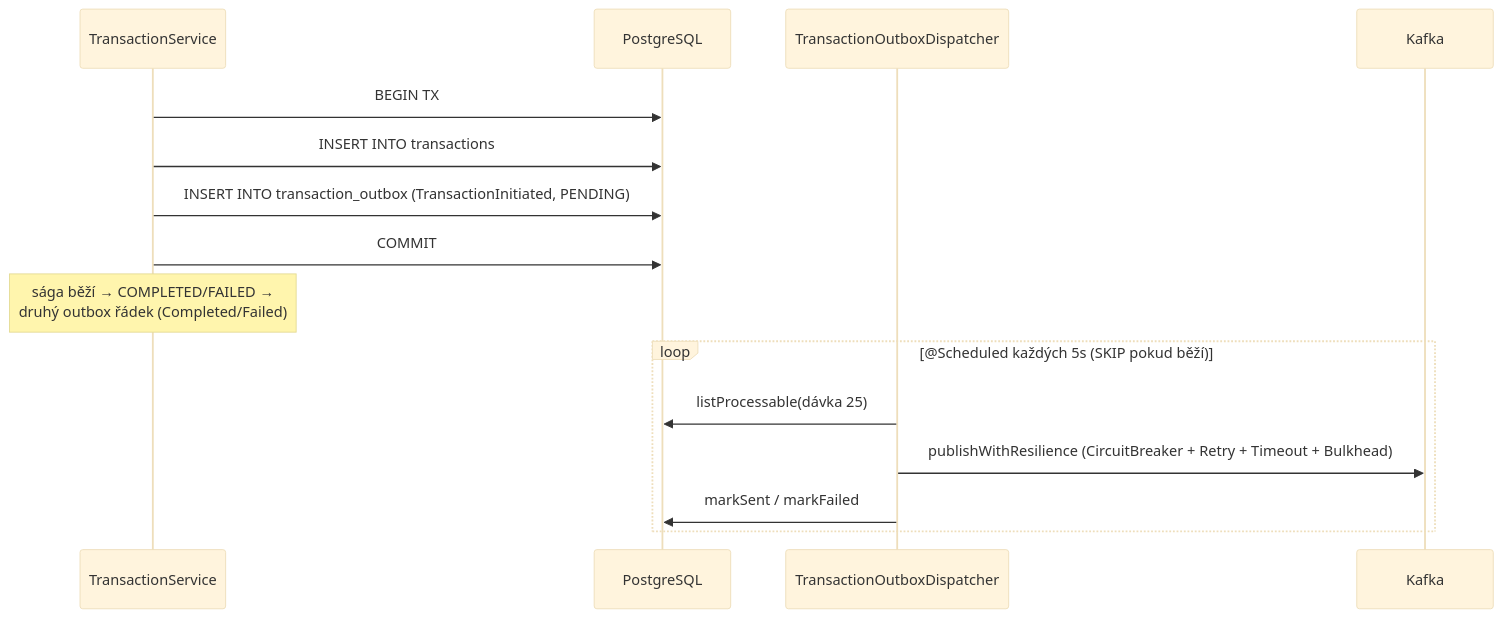
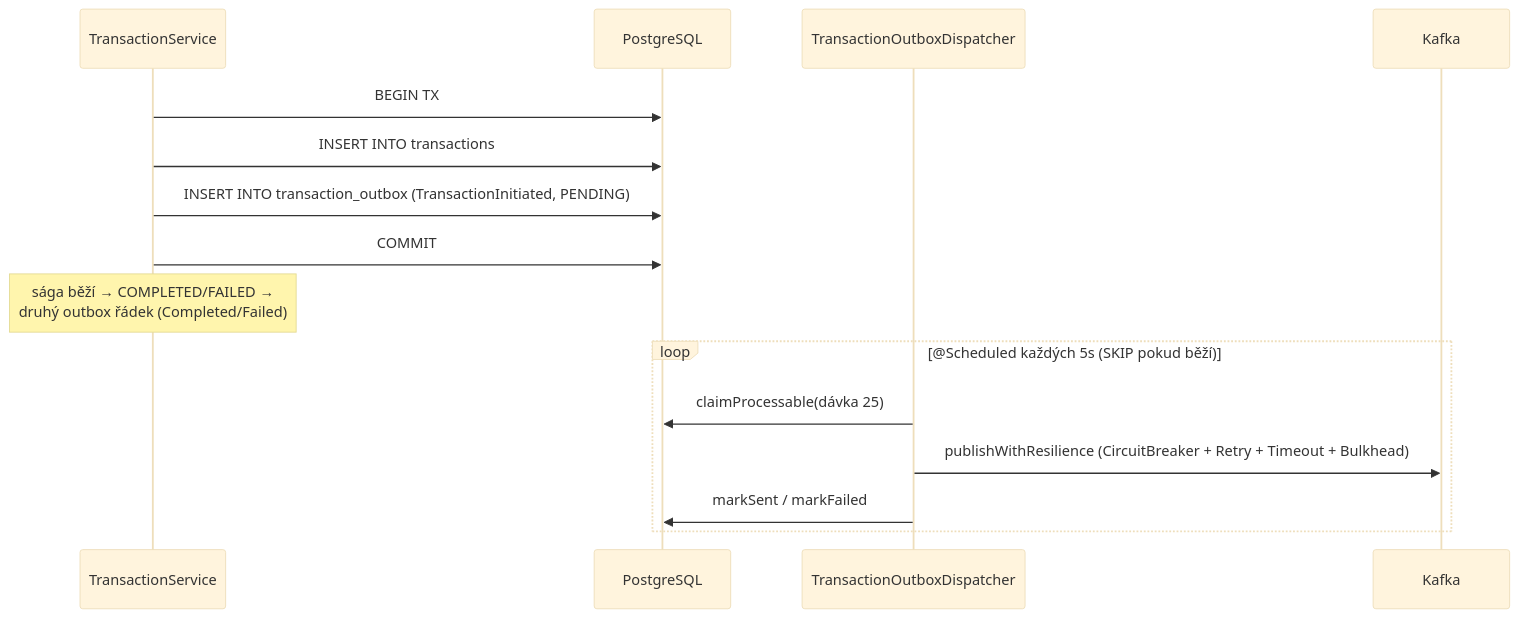
The fourth of 4 diagrams in openbank-transaction-service/src/main/resources/docs/02-architecture.cs.md (JiRaska/open-bank-oss), drawn with Mermaid (base theme) before and after one commit. The commit also changed other lines of this file and 4 other files, not shown here.

First line of the commit message:
fix(transaction): keep outbox claims compatible with additive schema changes

````diff
--- a/openbank-transaction-service/src/main/resources/docs/02-architecture.cs.md
+++ b/openbank-transaction-service/src/main/resources/docs/02-architecture.cs.md
@@ -130,19 +130,19 @@
 ```mermaid
 sequenceDiagram
   participant TS as TransactionService
   participant DB as PostgreSQL
   participant D as TransactionOutboxDispatcher
   participant K as Kafka
 
   TS->>DB: BEGIN TX
   TS->>DB: INSERT INTO transactions
   TS->>DB: INSERT INTO transaction_outbox (TransactionInitiated, PENDING)
   TS->>DB: COMMIT
   Note over TS: sága běží → COMPLETED/FAILED →<br/>druhý outbox řádek (Completed/Failed)
 
   loop @Scheduled každých 5s (SKIP pokud běží)
-    D->>DB: listProcessable(dávka 25)
+    D->>DB: claimProcessable(dávka 25)
     D->>K: publishWithResilience (CircuitBreaker + Retry + Timeout + Bulkhead)
     D->>DB: markSent / markFailed
   end
 ```
````
